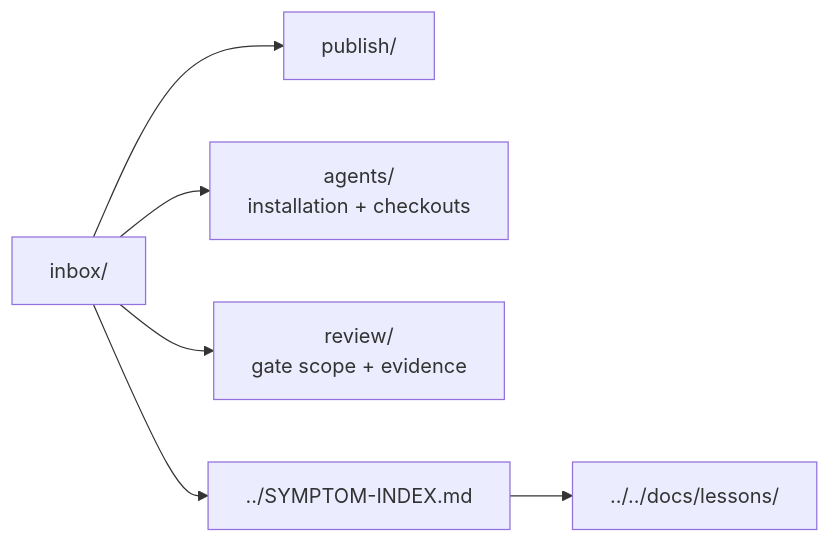
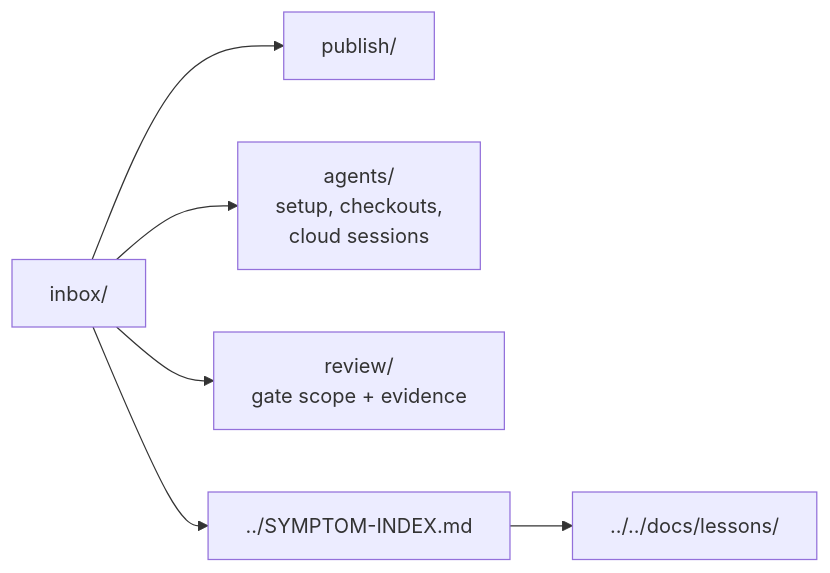
Before and after one commit to Valpatel/cad-agent: the diagram in .agents/inbox/README.md, drawn with Mermaid. The commit also changed 7 other files, not shown here.

````diff
--- a/.agents/inbox/README.md
+++ b/.agents/inbox/README.md
@@ -6,8 +6,8 @@
 ```mermaid
 flowchart LR
     I["inbox/"] --> P["publish/"]
-    I --> A["agents/<br/>installation + checkouts"]
+    I --> A["agents/<br/>setup, checkouts,<br/>cloud sessions"]
     I --> R["review/<br/>gate scope + evidence"]
     I --> S["../SYMPTOM-INDEX.md"]
     S --> L["../../docs/lessons/"]
 ```
````
